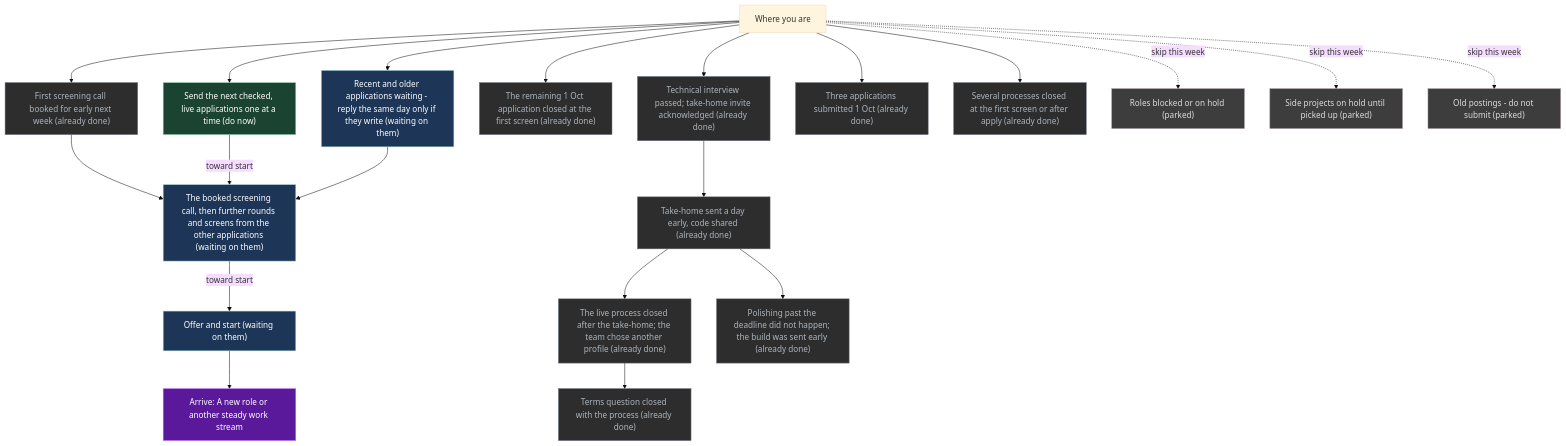
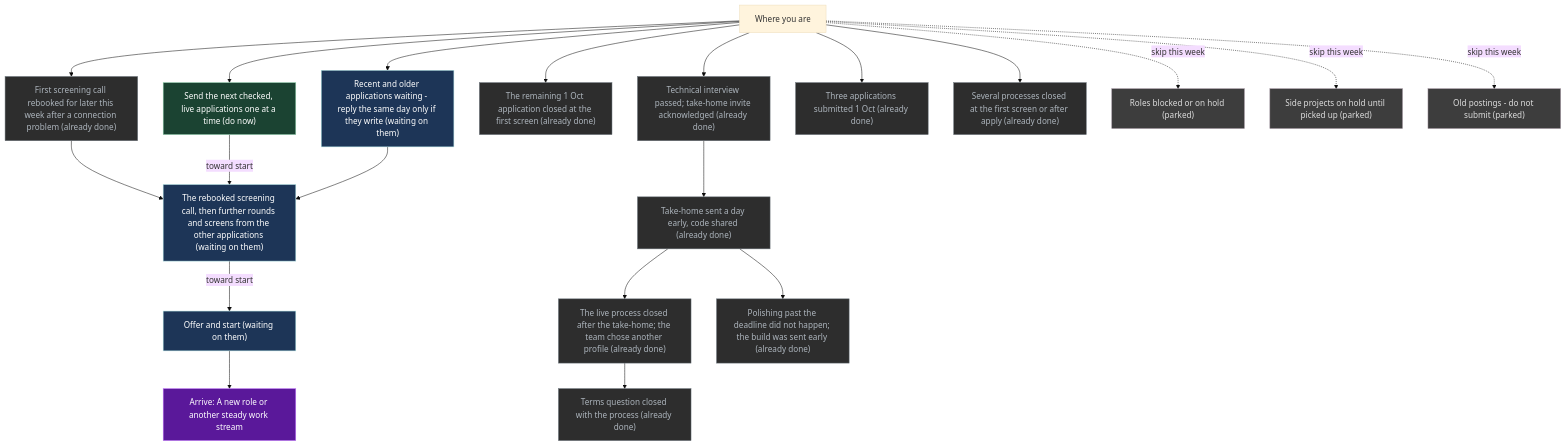
Before and after one commit to p10ns11y/life-os: the diagram in UI/Mission.md, drawn with Mermaid (base theme). The commit also changed other lines of this file, not shown here.

````diff
--- a/UI/Mission.md
+++ b/UI/Mission.md
@@ -71,50 +71,50 @@
 ```mermaid
 flowchart TB
   x["Where you are"]
   G["Arrive: A new role or another steady work stream"]
-  S9["First screening call booked for early next week (already done)"]
+  S9["First screening call rebooked for later this week after a connection problem (already done)"]
   S0["Technical interview passed; take-home invite acknowledged (already done)"]
   S4["Take-home sent a day early, code shared (already done)"]
   S4b["The live process closed after the take-home; the team chose another profile (already done)"]
   S7["Send the next checked, live applications one at a time (do now)"]
-  S8["The booked screening call, then further rounds and screens from the other applications (waiting on them)"]
+  S8["The rebooked screening call, then further rounds and screens from the other applications (waiting on them)"]
   S5["Offer and start (waiting on them)"]
   S6["The remaining 1 Oct application closed at the first screen (already done)"]
   S1["Recent and older applications waiting - reply the same day only if they write (waiting on them)"]
   R1["Terms question closed with the process (already done)"]
   R2["Polishing past the deadline did not happen; the build was sent early (already done)"]
   S3["Three applications submitted 1 Oct (already done)"]
   D1["Several processes closed at the first screen or after apply (already done)"]
   P1["Roles blocked or on hold (parked)"]
   P2["Side projects on hold until picked up (parked)"]
   P3["Old postings - do not submit (parked)"]
   x --> S9
   x --> S0
   S0 --> S4
   S4 --> S4b
   x --> S7
   S9 --> S8
   S7 -->|"toward start"| S8
   S1 --> S8
   S8 -->|"toward start"| S5
   x --> S6
   x --> S1
   S4b --> R1
   S4 --> R2
   x --> S3
   x --> D1
   x -.->|"skip this week"| P1
   x -.->|"skip this week"| P2
   x -.->|"skip this week"| P3
   S5 --> G
   classDef do fill:#1b4332,stroke:#95d5b2,color:#fff
   classDef wait fill:#1d3557,stroke:#a8dadc,color:#fff
   classDef park fill:#3d3d3d,stroke:#9a8c98,color:#ddd
   classDef done fill:#2d2d2d,stroke:#6c757d,color:#adb5bd
   classDef goal fill:#5a189a,stroke:#c77dff,color:#fff
   class G goal
   class S7 do
   class S8,S5,S1 wait
   class P1,P2,P3 park
   class S9,S0,S4,S4b,S6,R1,R2,S3,D1 done
 ```
````
